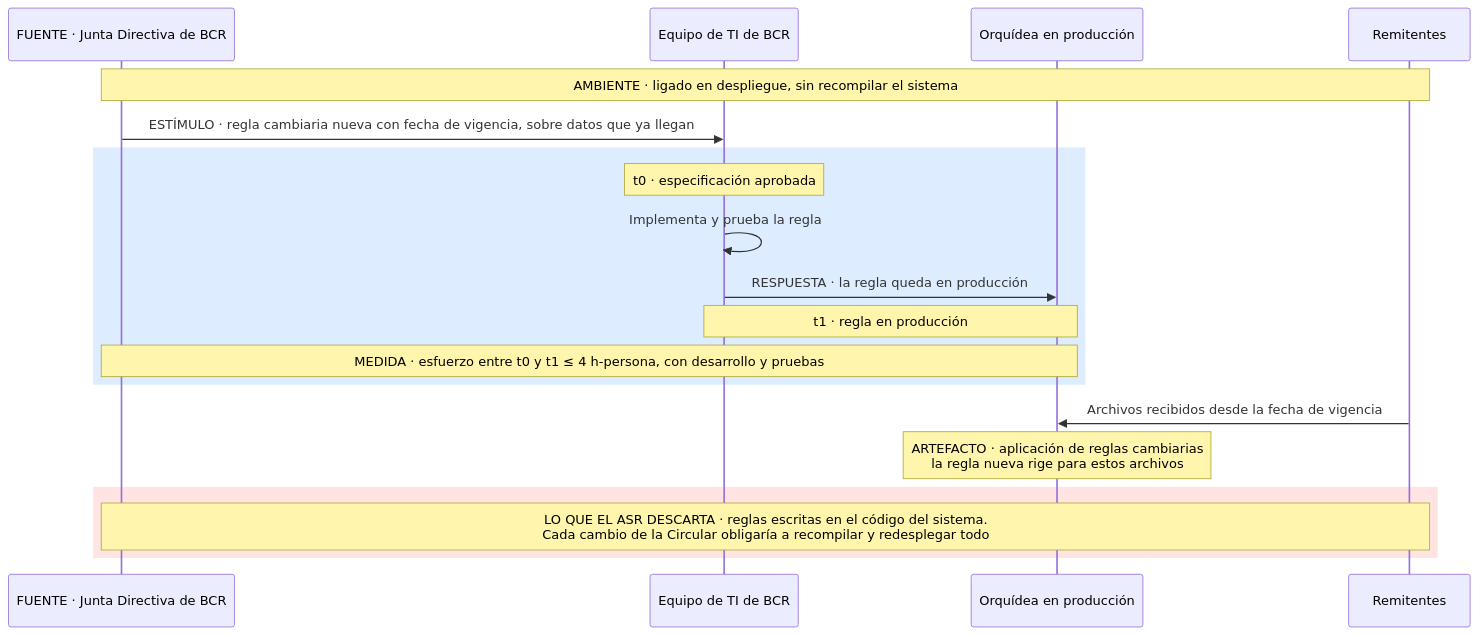
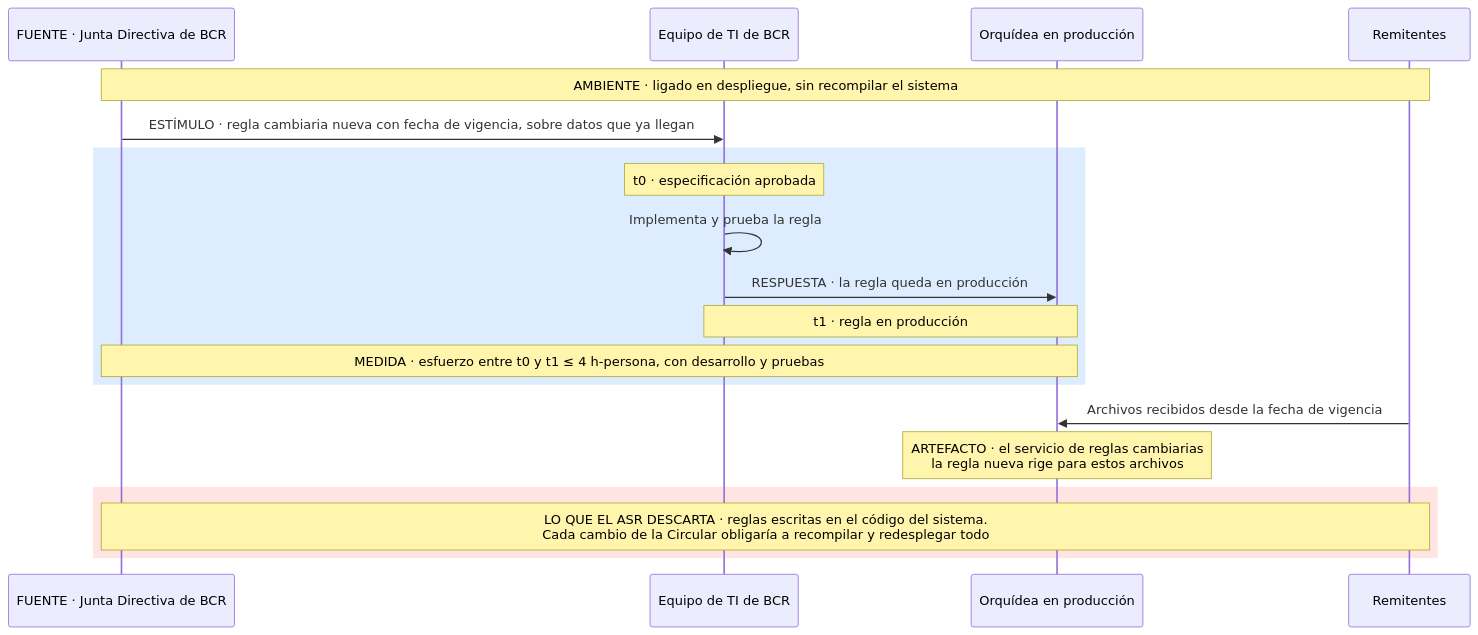
Before and after one commit to MATI-MBIT/arqsoft-reto-4: the fourth of 17 diagrams in docs/quality-attributes.md, drawn with Mermaid. The commit also changed other lines of this file and 3 other files, not shown here.

````diff
--- a/docs/quality-attributes.md
+++ b/docs/quality-attributes.md
@@ -291,21 +291,21 @@
 ```mermaid
 sequenceDiagram
     participant J as FUENTE · Junta Directiva de BCR
     participant T as Equipo de TI de BCR
     participant O as Orquídea en producción
     participant R as Remitentes
     Note over J,R: AMBIENTE · ligado en despliegue, sin recompilar el sistema
     J->>T: ESTÍMULO · regla cambiaria nueva con fecha de vigencia, sobre datos que ya llegan
     rect rgb(222, 236, 255)
     Note over T: t0 · especificación aprobada
     T->>T: Implementa y prueba la regla
     T->>O: RESPUESTA · la regla queda en producción
     Note over T,O: t1 · regla en producción
     Note over J,O: MEDIDA · esfuerzo entre t0 y t1 ≤ 4 h-persona, con desarrollo y pruebas
     end
     R->>O: Archivos recibidos desde la fecha de vigencia
-    Note over O: ARTEFACTO · aplicación de reglas cambiarias<br/>la regla nueva rige para estos archivos
+    Note over O: ARTEFACTO · el servicio de reglas cambiarias<br/>la regla nueva rige para estos archivos
     rect rgb(255, 228, 225)
     Note over J,R: LO QUE EL ASR DESCARTA · reglas escritas en el código del sistema.<br/>Cada cambio de la Circular obligaría a recompilar y redesplegar todo
     end
 ```
````
